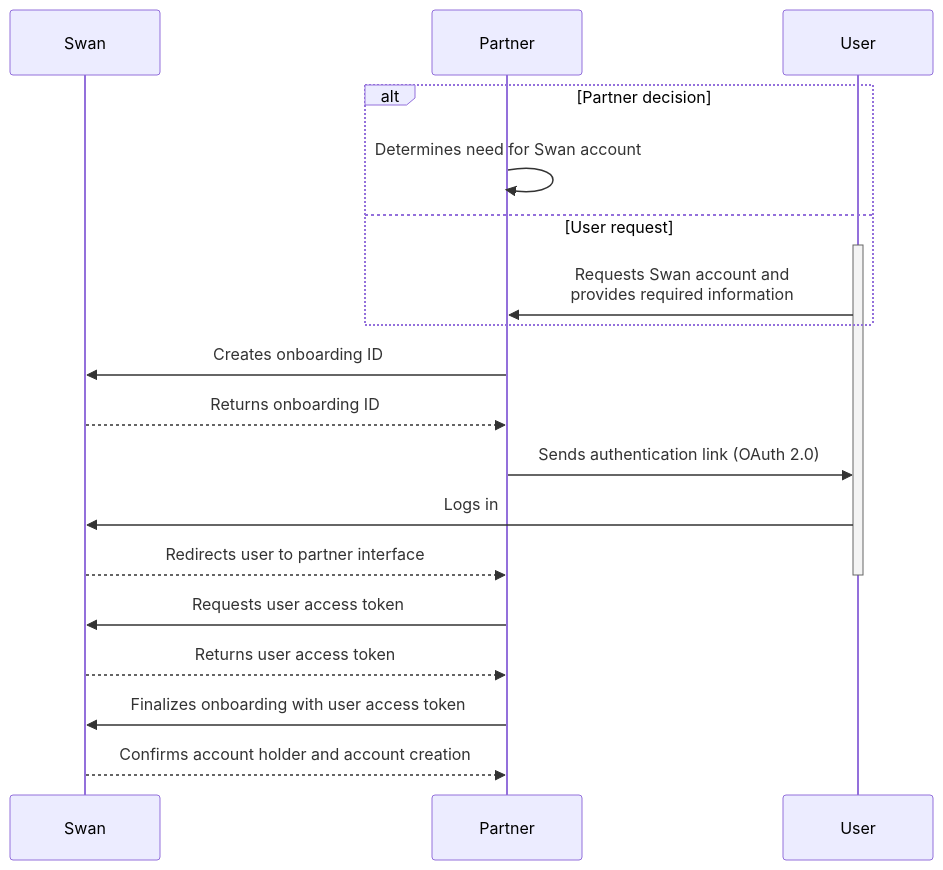
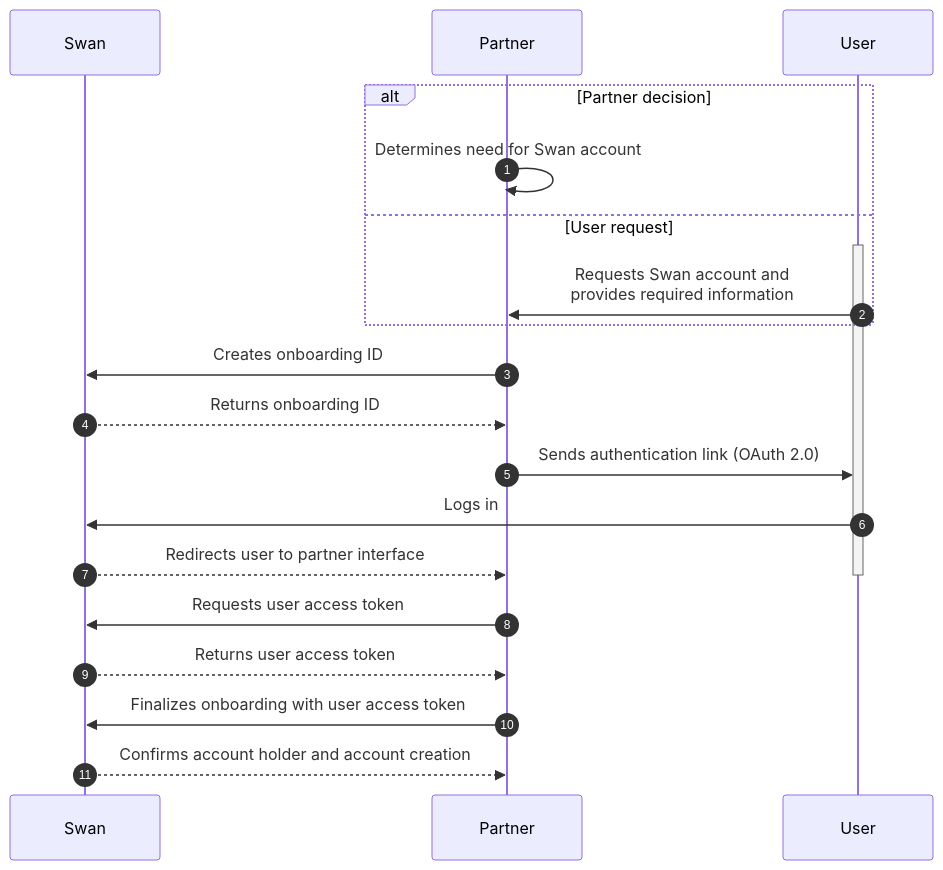
One commit to swan-io/docs changed the diagram in docs/accounts/concepts/onboarding/index.mdx. Above: the diagram before and after it, drawn with Mermaid. The commit also changed other lines of this file and 4 other files, not shown here.

Commit message:
Correct Accounts pages against the live schema: membership version starts at 1, SupportingDocumentCollection.Updated webhook, AccountHolderProjectSettingsNotEligibleRejection, accountId and conditional consentRedirectUrl, projectInfo scope

````diff
--- a/docs/accounts/concepts/onboarding/index.mdx
+++ b/docs/accounts/concepts/onboarding/index.mdx
@@ -58,22 +58,23 @@
 ```mermaid
 sequenceDiagram
+autonumber
 participant S as Swan
 participant P as Partner
 participant U as User
     alt Partner decision
         P ->> P: Determines need for Swan account
     else User request
     activate U
         U ->> P: Requests Swan account and<br/>provides required information
     end
     P ->> S: Creates onboarding ID
     S -->> P: Returns onboarding ID
     P ->> U: Sends authentication link (OAuth 2.0)
     U ->> S: Logs in
     S -->> P: Redirects user to partner interface
     deactivate U
     P ->> S: Requests user access token
     S -->> P: Returns user access token
     P ->> S: Finalizes onboarding with user access token
     S -->> P: Confirms account holder and account creation
 ```
````
